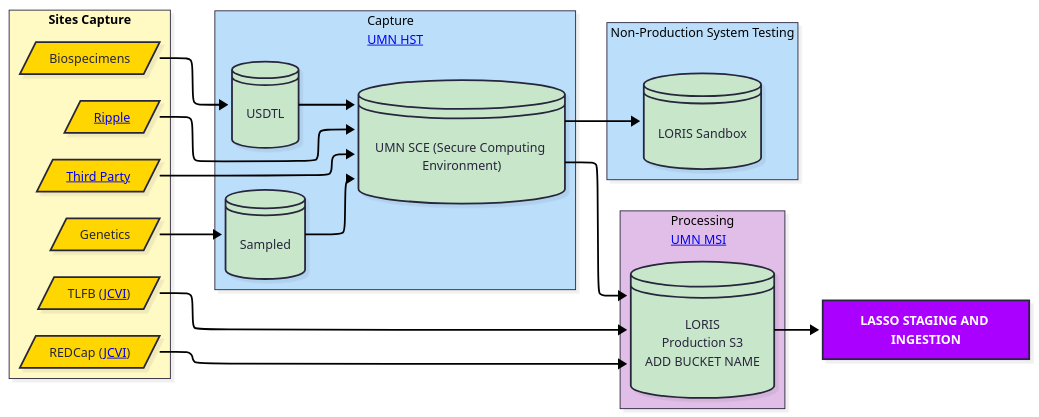
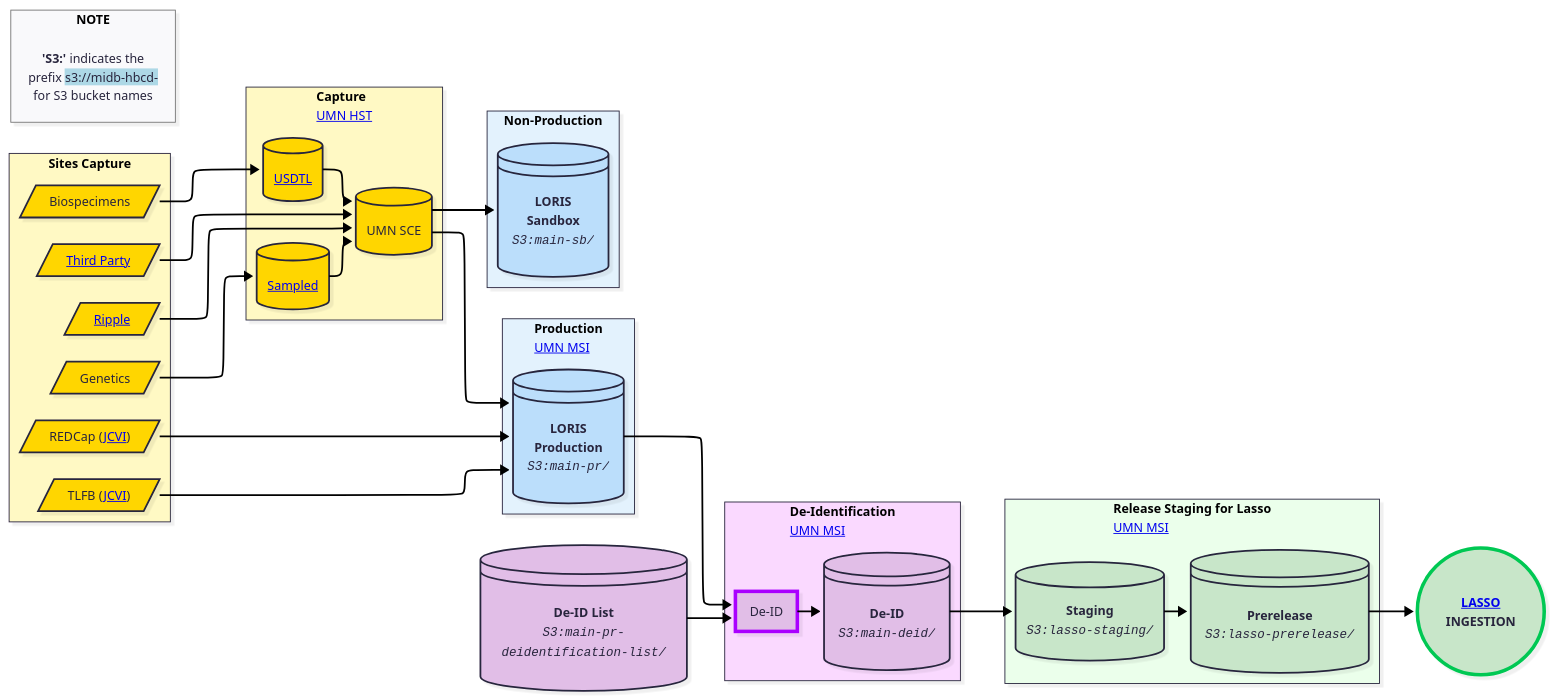
Before and after one commit to DCAN-Labs/hbcd-docs-internal: the diagram in src/mermaid/tab-wf.mmd, drawn with Mermaid. The commit also changed 2 other files, not shown here.

Commit message:
update tab proc wf diagram

```diff
--- a/src/mermaid/tab-wf.mmd
+++ b/src/mermaid/tab-wf.mmd
@@ -1,63 +1,96 @@
 ---
 config:
   layout: elk
   look: neo
   theme: redux
 ---
 flowchart LR
  subgraph Capture_LORIS["<b>Sites Capture</b><br>"]
         n13@{ label: "REDCap (<a href=\"../../orgcharts/#j-craig-venter-institute\" rel=\"noopener\" target=\"_blank\">JCVI</a>)" }
         n14@{ label: "TLFB (<a href=\"../../orgcharts/#j-craig-venter-institute\" rel=\"noopener\" target=\"_blank\">JCVI</a>)" }
         n16@{ label: "<a href=\"../../orgcharts/#ripple\" rel=\"noopener\" target=\"_blank\">Ripple</a>" }
-        n17@{ label: "<a href=\"../proc-wf/#third-party\" target=\"_top\">Third Party</a>" }
+        n17@{ label: "<a href=\"#third-party\" target=\"_top\">Third Party</a>" }
         n18["Biospecimens"]
         n19["Genetics"]
   end
- subgraph s1["Processing<br><a href="../../orgcharts/#midb-informatics-hub-msi" target="_blank">UMN MSI</a>"]
-        n15["LORIS<br>Production S3<br>ADD BUCKET NAME"]
+ subgraph s1["<b>Production</b><br><a href=../../orgcharts/#midb-informatics-hub-msi rel=noopener target=_blank>UMN MSI</a>"]
+        n15@{ label: "<b>LORIS<br>Production</b><br><span style=\"color:\"><code><i>S3:main-pr/</i></code></span>" }
   end
- subgraph s2["Capture<br><a href="../../orgcharts/#health-sciences-technology" target="_blank">UMN HST</a>"]
-        n20["Sampled"]
-        n21["UMN SCE (Secure Computing Environment)"]
-        n22["USDTL"]
+ subgraph s2["<b>Capture</b><br><a href=../../orgcharts/#health-sciences-technology rel=noopener target=_blank>UMN HST</a>"]
+        n20@{ label: "<a href=\"https://sampled.com/\">Sampled</a>" }
+        n21["UMN SCE"]
+        n22@{ label: "<a href=\"https://www.usdtl.com/\">USDTL</a>" }
   end
- subgraph s3["Non-Production System Testing"]
-        n23["LORIS Sandbox"]
+ subgraph s3["<b>Non-Production</b>"]
+        n23["<b>LORIS<br>Sandbox</b><br><code><i>S3:main-sb/</i></code>"]
+  end
+ subgraph s4["<b>De-Identification</b><br><a href=../../orgcharts/#midb-informatics-hub-msi rel=noopener target=_blank>UMN MSI</a>"]
+        n25["De-ID"]
+        n26["<b>De-ID<br></b><code><i>S3:main-deid/</i></code>"]
+  end
+ subgraph s5["<b>Release Staging for Lasso</b><br><a href=../../orgcharts/#midb-informatics-hub-msi rel=noopener target=_blank>UMN MSI</a>"]
+        n27["<b>Staging</b><br><code><i>S3:lasso-staging/</i></code>"]
+        n28@{ label: "<b>Prerelease<br></b><code><i><span style=\"background-color:\">S3:</span>lasso-prerelease/</i></code>" }
+  end
+ subgraph s6["<b>NOTE</b>"]
+        legend@{ label: "<b>'S3:'</b> indicates the<br>prefix <span style=\"background-color:lightblue;\">s3://midb-hbcd-<br></span>for S3 bucket names" }
   end
     n13 --> n15
     n14 --> n15
     n16 --> n21
     n17 --> n21
     n19 --> n20
     n18 --> n22
     n20 --> n21
     n22 --> n21
     n21 --> n15 & n23
-    n15 --> n24["<b>LASSO STAGING AND INGESTION</b>"]
+    n15 --> n25
+    n25 --> n26
+    n27 --> n28
+    n26 --> n27
+    n29["<b>De-ID List<br></b><code><i>S3:main-pr-deidentification-list/</i></code>"] --> n25
+    n28 --> n30@{ label: "<a href=\"../../orgcharts/#lasso\" rel=\"noopener\" target=\"_blank\"><b>LASSO</a><br>INGESTION</b>" }
     n13@{ shape: lean-r}
     n14@{ shape: lean-r}
     n16@{ shape: lean-r}
     n17@{ shape: lean-r}
     n18@{ shape: lean-r}
     n19@{ shape: lean-r}
     n15@{ shape: disk}
-    n20@{ shape: disk}
-    n21@{ shape: disk}
-    n22@{ shape: disk}
+    n20@{ shape: db}
+    n21@{ shape: db}
+    n22@{ shape: db}
     n23@{ shape: disk}
+    n25@{ shape: rect}
+    n26@{ shape: disk}
+    n27@{ shape: db}
+    n28@{ shape: disk}
+    legend@{ shape: text}
+    n29@{ shape: disk}
+    n30@{ shape: circle}
+    s4@{ shape: rect}
+    s5@{ shape: rect}
     style n13 fill:#FFD600
     style n14 fill:#FFD600
     style n16 fill:#FFD600
     style n17 fill:#FFD600
     style n18 fill:#FFD600
     style n19 fill:#FFD600
-    style n15 fill:#C8E6C9
-    style n20 fill:#C8E6C9
-    style n21 fill:#C8E6C9
-    style n22 fill:#C8E6C9
-    style n23 fill:#C8E6C9
-    style n24 fill:#AA00FF,color:#FFFFFF
+    style n15 fill:#BBDEFB
+    style n20 fill:#FFD600
+    style n21 fill:#FFD600
+    style n22 fill:#FFD600
+    style n23 fill:#BBDEFB
+    style n25 fill:#E1BEE7,stroke:#AA00FF,stroke-width:4px,stroke-dasharray: 0
+    style n26 fill:#E1BEE7
+    style n27 fill:#C8E6C9
+    style n28 fill:#C8E6C9
+    style n29 fill:#E1BEE7
+    style n30 fill:#C8E6C9,stroke:#00C853,stroke-width:4px,stroke-dasharray: 0
+    style s4 fill:#FAD9FF
+    style s5 fill:#EBFFEB
     style Capture_LORIS fill:#FFF9C4
-    style s1 fill:#E1BEE7
-    style s2 fill:#BBDEFB
-    style s3 fill:#BBDEFB
+    style s1 fill:#E3F2FD
+    style s2 fill:#FFF9C4
+    style s3 fill:#E3F2FD
+    style s6 color:#000000,stroke:#757575
```
